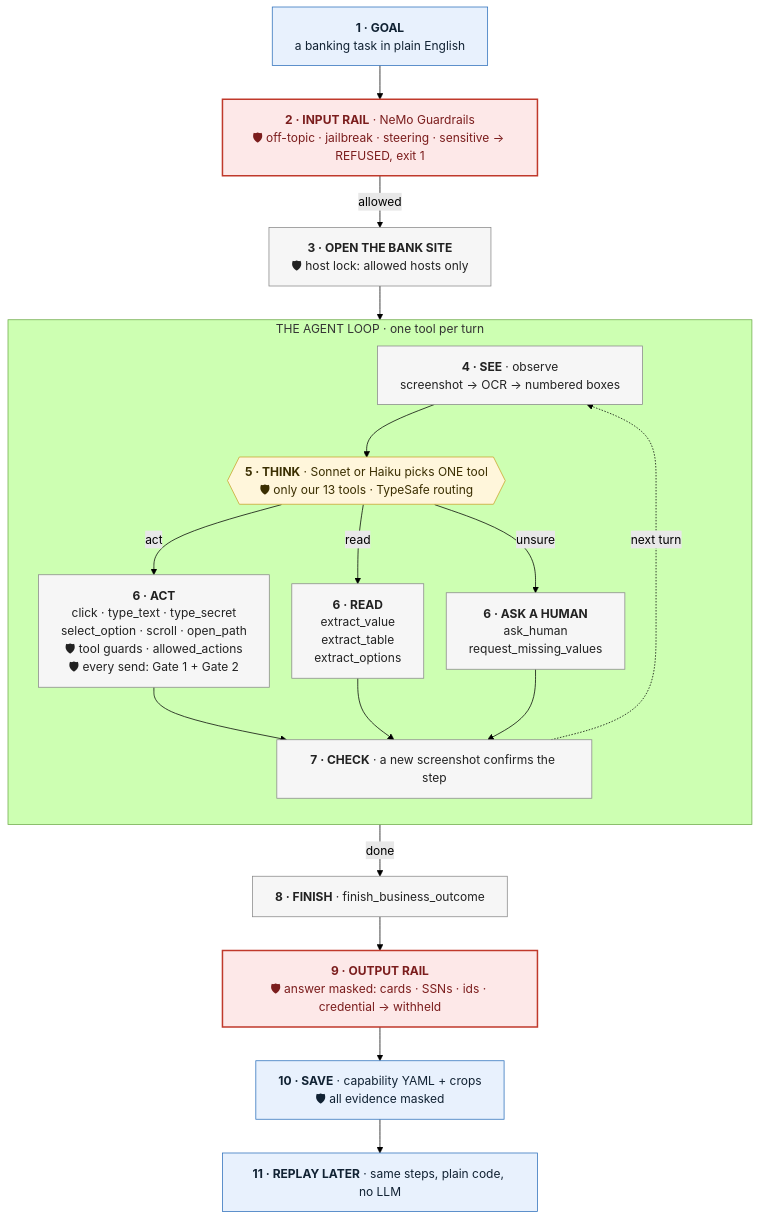
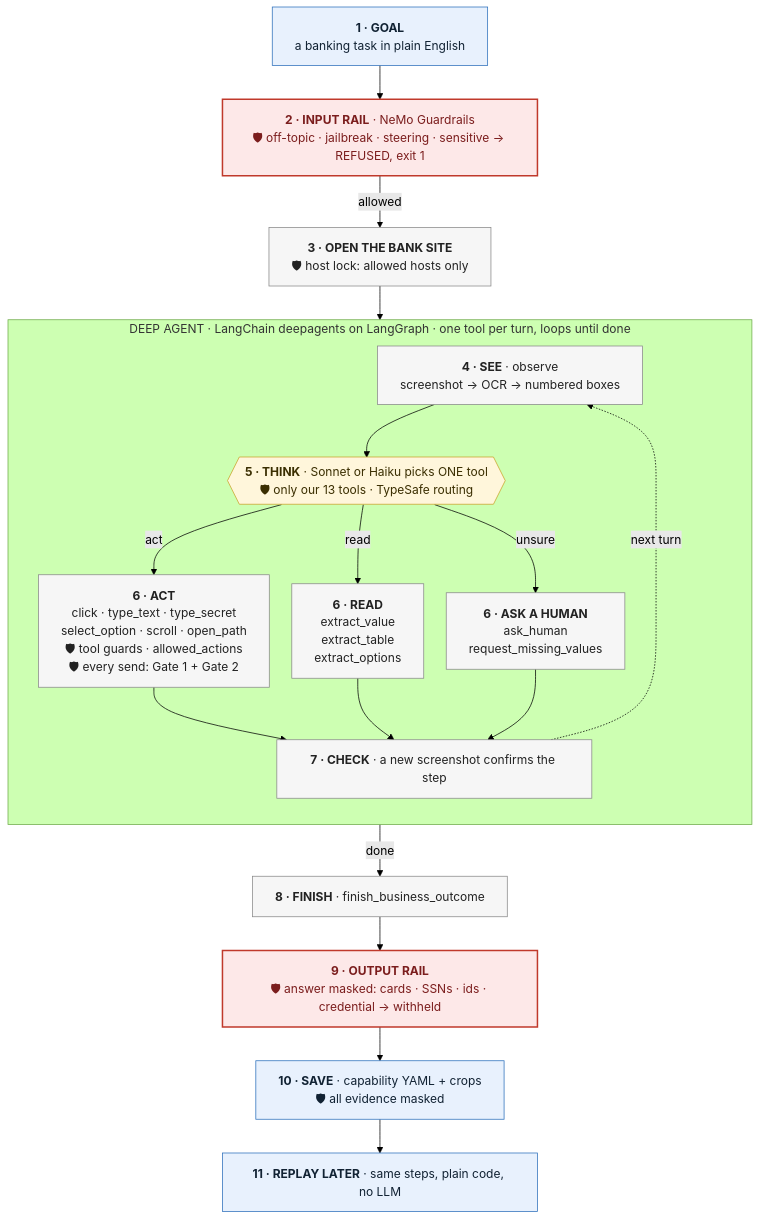
One commit to Pratik-Prakash-Sannakki/TellerAI changed the first of 5 diagrams in README.md. Above: the diagram before and after it, drawn with Mermaid (forest theme). The commit also changed other lines of this file, not shown here.

Commit message:
docs(readme): label the agent loop as the deep agent (deepagents on LangGraph)

````diff
--- a/README.md
+++ b/README.md
@@ -69,39 +69,39 @@
 ```mermaid
 %%{init: {"flowchart": {"wrappingWidth": 360, "nodeSpacing": 30, "rankSpacing": 45}}}%%
 flowchart TD
     S1["<b>1 · GOAL</b><br/>a banking task in plain English"]:::io
     S2["<b>2 · INPUT RAIL</b> · NeMo Guardrails<br/>🛡 off-topic · jailbreak · steering · sensitive → REFUSED, exit 1"]:::guard
     S3["<b>3 · OPEN THE BANK SITE</b><br/>🛡 host lock: allowed hosts only"]:::step
 
-    subgraph LOOP["THE AGENT LOOP · one tool per turn"]
+    subgraph LOOP["DEEP AGENT · LangChain deepagents on LangGraph · one tool per turn, loops until done"]
         direction TB
         S4["<b>4 · SEE</b> · observe<br/>screenshot → OCR → numbered boxes"]:::step
         S5{{"<b>5 · THINK</b> · Sonnet or Haiku picks ONE tool<br/>🛡 only our 13 tools · TypeSafe routing"}}:::think
         S6A["<b>6 · ACT</b><br/>click · type_text · type_secret<br/>select_option · scroll · open_path<br/>🛡 tool guards · allowed_actions<br/>🛡 every send: Gate 1 + Gate 2"]:::step
         S6B["<b>6 · READ</b><br/>extract_value<br/>extract_table<br/>extract_options"]:::step
         S6C["<b>6 · ASK A HUMAN</b><br/>ask_human<br/>request_missing_values"]:::step
         S7["<b>7 · CHECK</b> · a new screenshot confirms the step"]:::step
         S4 --> S5
         S5 -->|act| S6A
         S5 -->|read| S6B
         S5 -->|unsure| S6C
         S6A --> S7
         S6B --> S7
         S6C --> S7
         S7 -. next turn .-> S4
     end
 
     S8["<b>8 · FINISH</b> · finish_business_outcome"]:::step
     S9["<b>9 · OUTPUT RAIL</b><br/>🛡 answer masked: cards · SSNs · ids · credential → withheld"]:::guard
     S10["<b>10 · SAVE</b> · capability YAML + crops<br/>🛡 all evidence masked"]:::io
     S11["<b>11 · REPLAY LATER</b> · same steps, plain code, no LLM"]:::io
 
     S1 --> S2 -->|allowed| S3 --> S4
     S5 -->|done| S8
     S8 --> S9 --> S10 --> S11
 
     classDef io fill:#e8f1fd,stroke:#2c6fbb,color:#123
     classDef step fill:#f6f6f6,stroke:#888,color:#222
     classDef think fill:#fff6db,stroke:#c9a227,color:#3a2e00
     classDef guard fill:#fde8e8,stroke:#c0392b,stroke-width:2px,color:#7b1d1d
 ```
````
